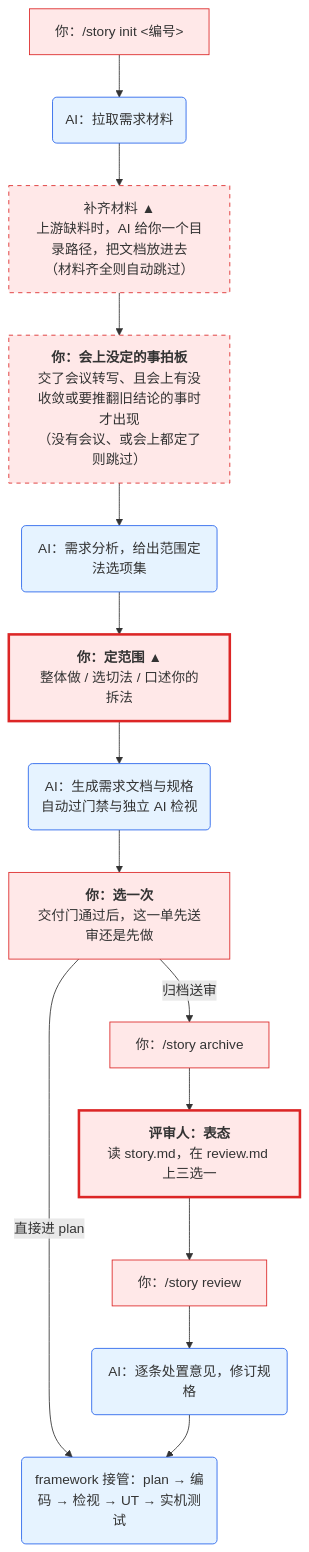
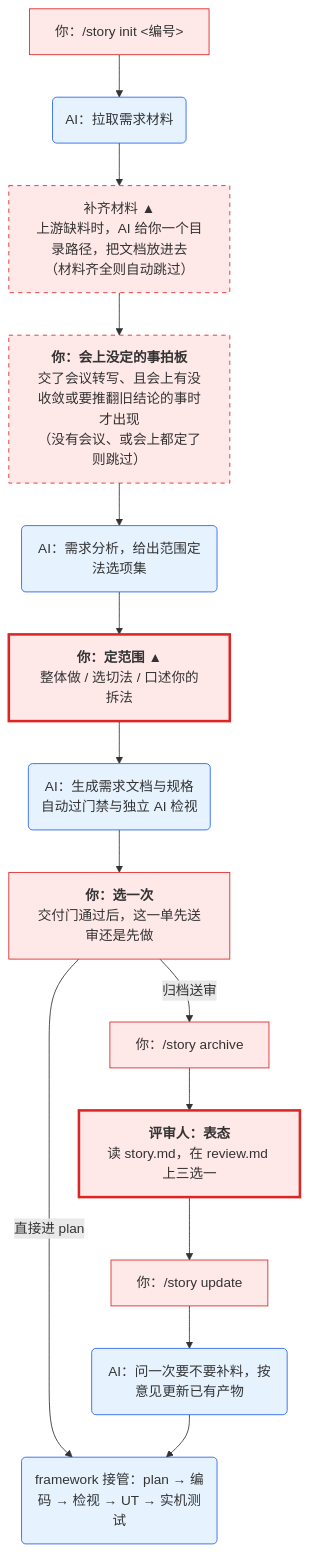
One commit to sqsqsq/SimulatedWalletForHmos changed the diagram in test/story/release/story使用指南.md. Above: the diagram before and after it, drawn with Mermaid. The commit also changed other lines of this file and 10 other files, not shown here.

````diff
--- a/test/story/release/story使用指南.md
+++ b/test/story/release/story使用指南.md
@@ -28,30 +28,30 @@
 ```mermaid
 flowchart TD
     A["你：/story init <编号>"] --> B("AI：拉取需求材料")
     B --> S["补齐材料 ▲<br/>上游缺料时，AI 给你一个目录路径，把文档放进去<br/>（材料齐全则自动跳过）"]
     S --> M["<b>你：会上没定的事拍板</b><br/>交了会议转写、且会上有没收敛或要推翻旧结论的事时才出现<br/>（没有会议、或会上都定了则跳过）"]
     M --> C("AI：需求分析，给出范围定法选项集")
     C --> G["<b>你：定范围</b> ▲<br/>整体做 / 选切法 / 口述你的拆法"]
     G --> D("AI：生成需求文档与规格<br/>自动过门禁与独立 AI 检视")
     D --> H["<b>你：选一次</b><br/>交付门通过后，这一单先送审还是先做"]
     H -- 归档送审 --> F["你：/story archive"]
     H -- 直接进 plan --> Y
     F --> R["<b>评审人：表态</b><br/>读 story.md，在 review.md 上三选一"]
-    R --> W["你：/story review"]
-    W --> X("AI：逐条处置意见，修订规格")
+    R --> W["你：/story update"]
+    W --> X("AI：问一次要不要补料，按意见更新已有产物")
     X --> Y("framework 接管：plan → 编码 → 检视 → UT → 实机测试")
 
     style A fill:#ffe8e8,stroke:#dc2626
     style S fill:#ffe8e8,stroke:#dc2626,stroke-dasharray: 5 5
     style M fill:#ffe8e8,stroke:#dc2626,stroke-dasharray: 5 5
     style G fill:#ffe8e8,stroke:#dc2626,stroke-width:3px
     style H fill:#ffe8e8,stroke:#dc2626
     style F fill:#ffe8e8,stroke:#dc2626
     style R fill:#ffe8e8,stroke:#dc2626,stroke-width:3px
     style W fill:#ffe8e8,stroke:#dc2626
     style B fill:#e6f3ff,stroke:#2563eb
     style C fill:#e6f3ff,stroke:#2563eb
     style D fill:#e6f3ff,stroke:#2563eb
     style X fill:#e6f3ff,stroke:#2563eb
     style Y fill:#e6f3ff,stroke:#2563eb
 ```
````
